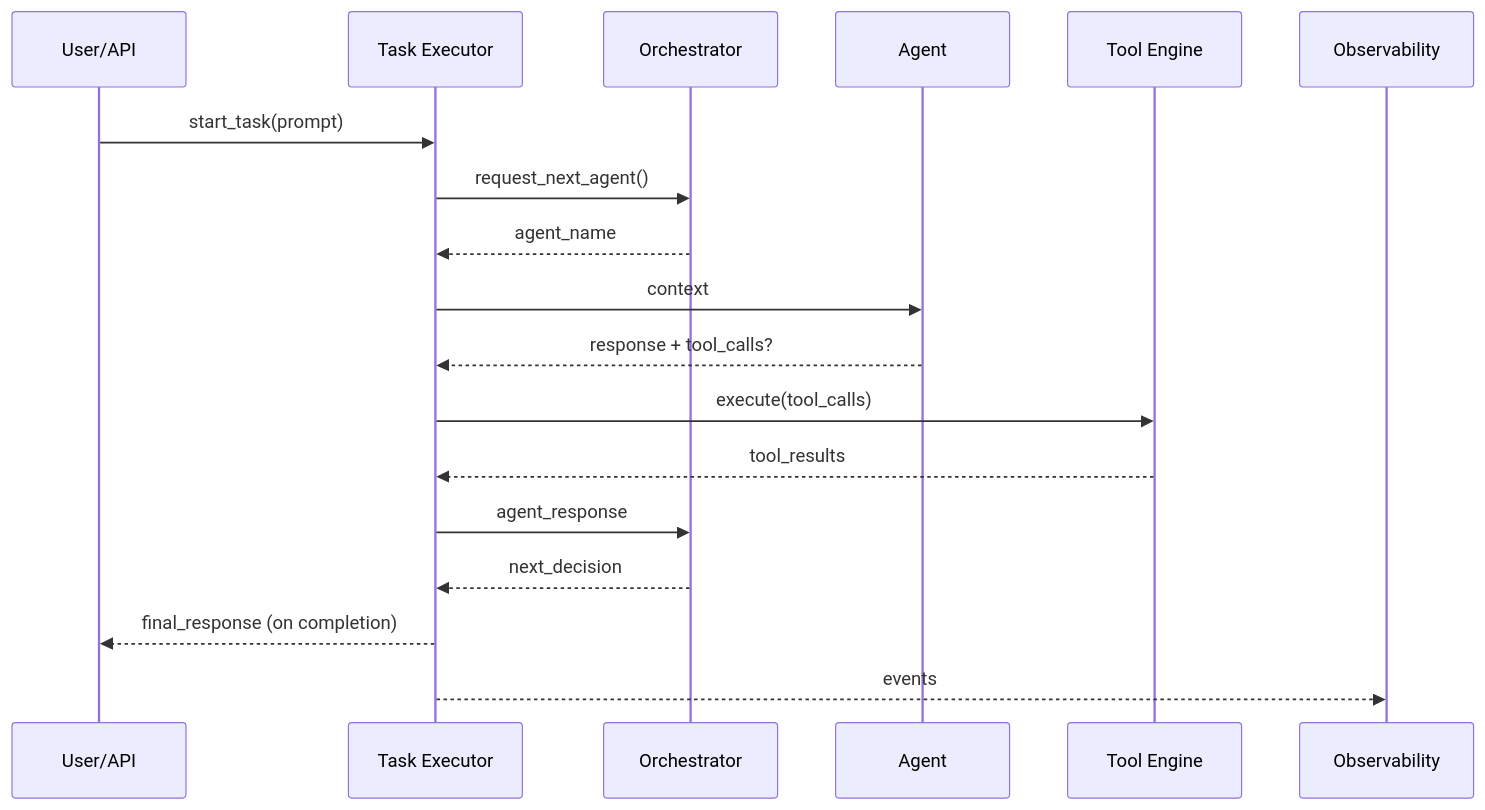
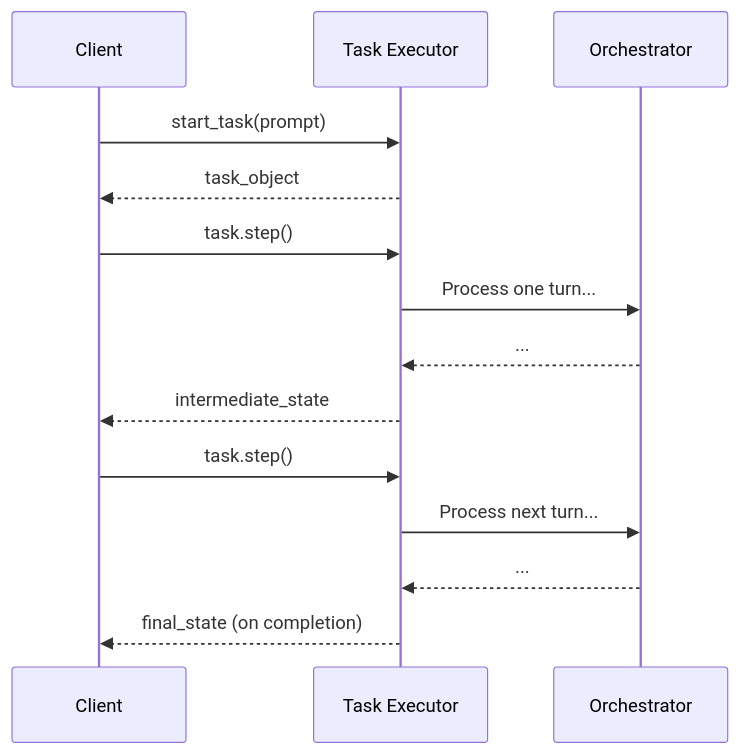
Before and after one commit to dustland/roboco: the third of 4 diagrams in docs/01-architecture.md, drawn with Mermaid. The commit also changed other lines of this file, not shown here.

Commit message:
refactor: restructure AgentX architecture documentation to clarify the four-layer model, enhance descriptions of key components, and improve the explanation of task execution modes and agent collaboration processes

````diff
--- a/docs/01-architecture.md
+++ b/docs/01-architecture.md
@@ -313,20 +143,19 @@
 ```mermaid
 sequenceDiagram
-    participant U as User/API
+    participant C as Client
     participant TX as Task Executor
     participant OR as Orchestrator
-    participant AG as Agent
-    participant TE as Tool Engine
-    participant OBS as Observability
-    U->>TX: start_task(prompt)
-    TX->>OR: request_next_agent()
-    OR-->>TX: agent_name
-    TX->>AG: context
-    AG-->>TX: response + tool_calls?
-    TX->>TE: execute(tool_calls)
-    TE-->>TX: tool_results
-    TX->>OR: agent_response
-    OR-->>TX: next_decision
-    TX-->>U: final_response (on completion)
-    TX-->>OBS: events
+
+    C->>TX: start_task(prompt)
+    TX-->>C: task_object
+
+    C->>TX: task.step()
+    TX->>OR: Process one turn...
+    OR-->>TX: ...
+    TX-->>C: intermediate_state
+
+    C->>TX: task.step()
+    TX->>OR: Process next turn...
+    OR-->>TX: ...
+    TX-->>C: final_state (on completion)
 ```
````
